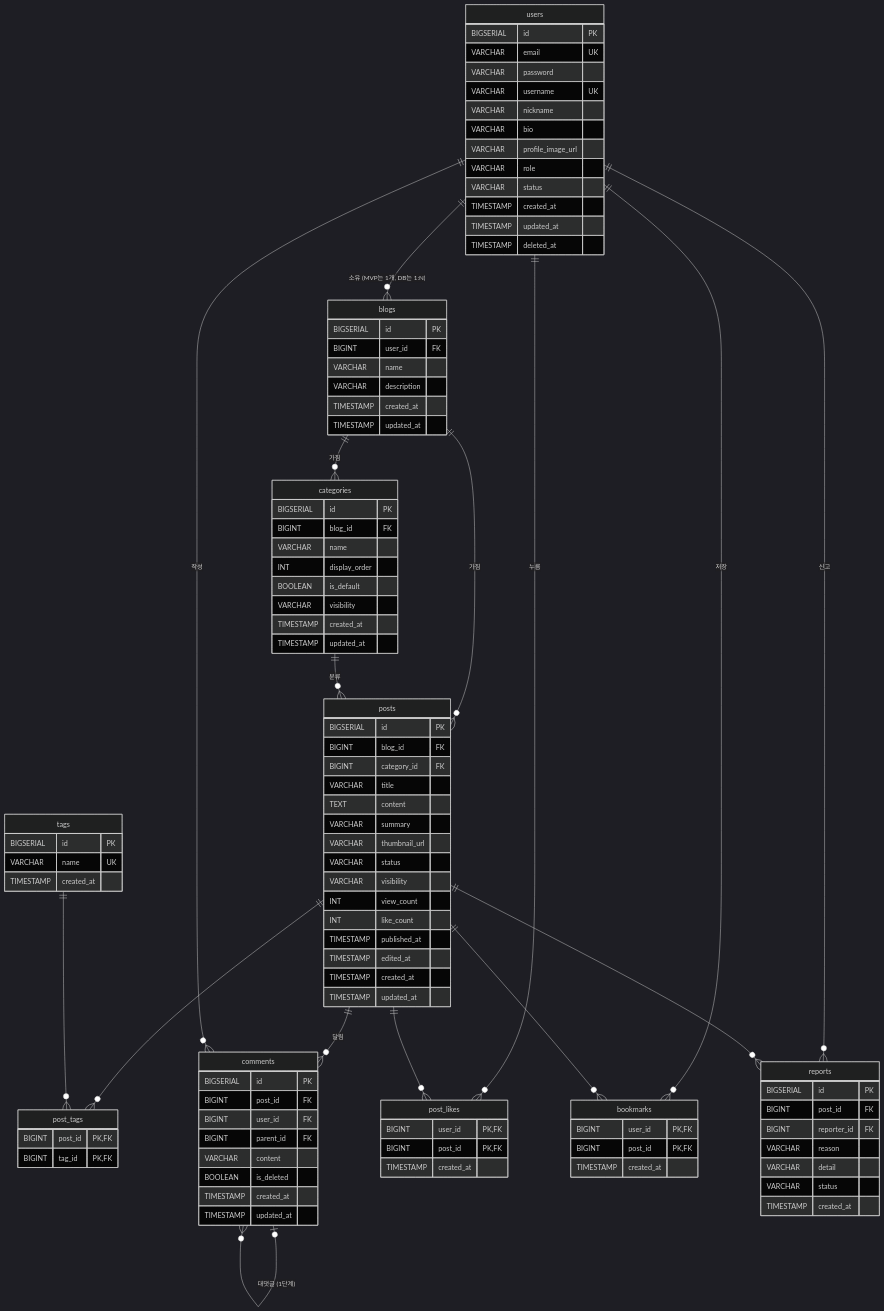
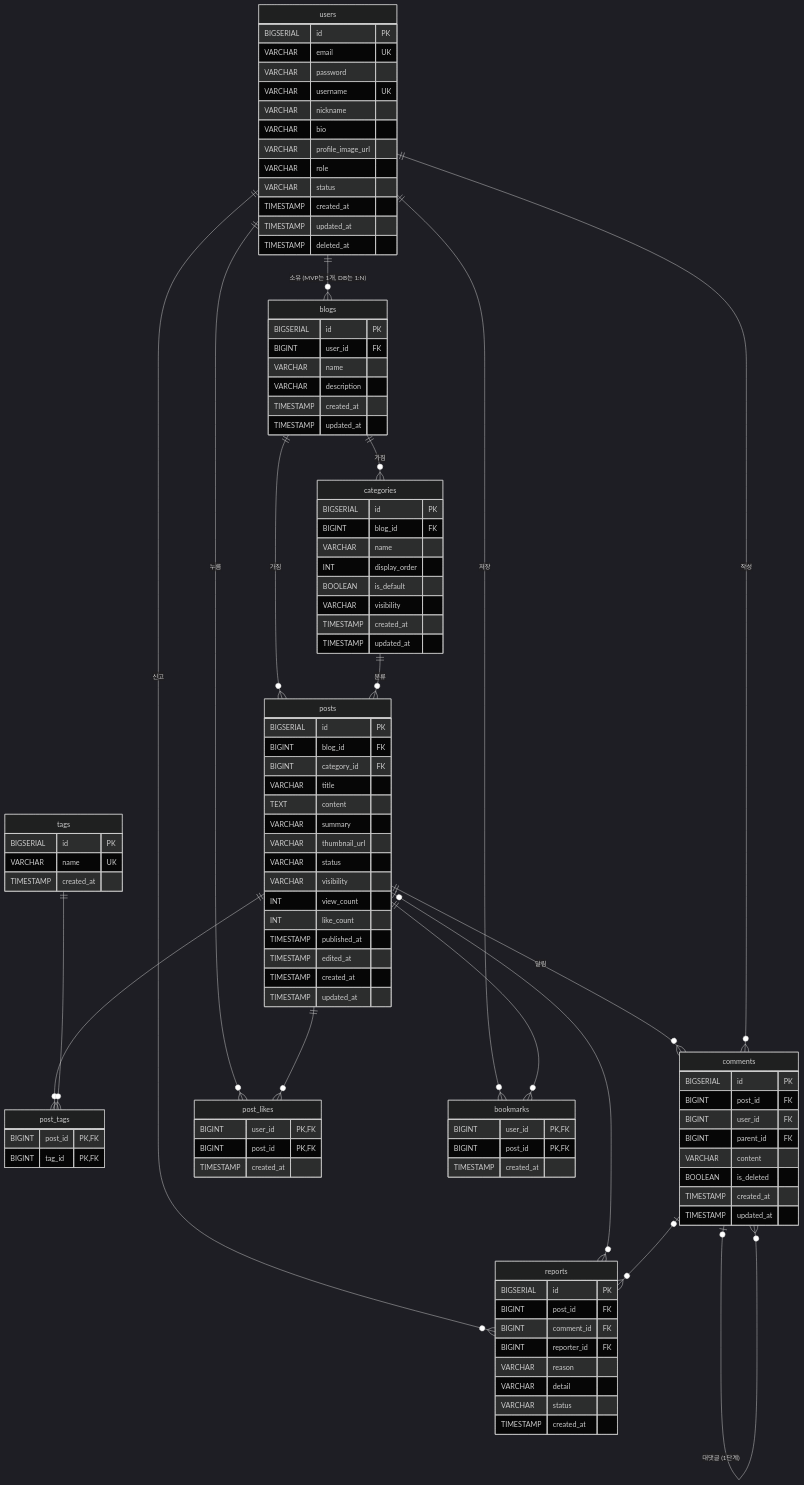
The diagram in docs/ERD.md (AIP-1/blog-basic-AIGJ_01_007-firstblog), drawn with Mermaid (dark theme) before and after one commit. The commit also changed other lines of this file and 1 other file, not shown here.

```diff
--- a/docs/ERD.md
+++ b/docs/ERD.md
@@ -25,7 +25,8 @@
     users ||--o{ bookmarks : "저장"
     posts ||--o{ bookmarks : ""
     users ||--o{ reports : "신고"
-    posts ||--o{ reports : ""
+    posts |o--o{ reports : ""
+    comments |o--o{ reports : ""
 
     users {
         BIGSERIAL id PK
@@ -108,6 +109,7 @@
     reports {
         BIGSERIAL id PK
         BIGINT post_id FK
+        BIGINT comment_id FK
         BIGINT reporter_id FK
         VARCHAR reason
         VARCHAR detail
```
